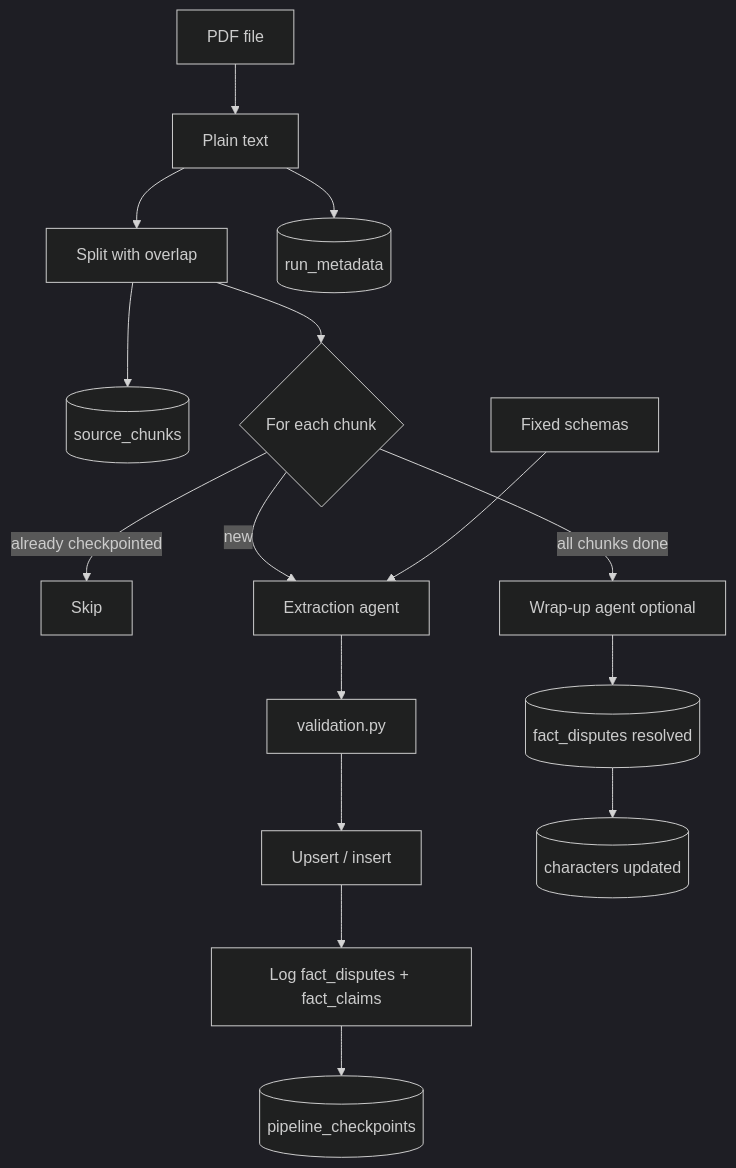
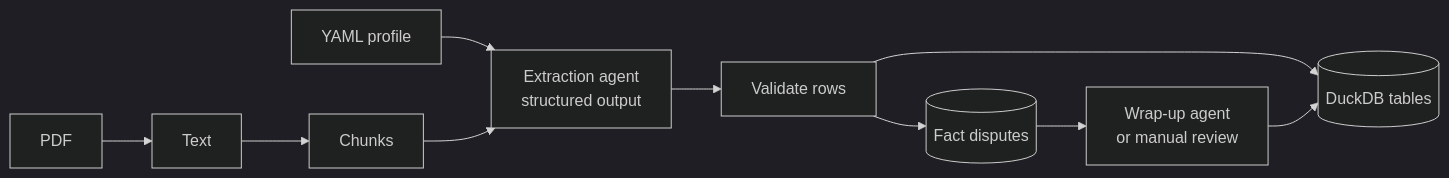
Before and after one commit to bluecatyellowdog/Agentic-extraction-prototype: the diagram in README.md, drawn with Mermaid (dark theme). The commit also changed other lines of this file and 5 other files, not shown here.

````diff
--- a/README.md
+++ b/README.md
@@ -21,20 +19,11 @@
 ```mermaid
-flowchart TD
-    PDF[PDF file] --> Text[Plain text]
-    Text --> Chunks[Split with overlap]
-    Chunks --> SC[(source_chunks)]
-    Text --> Meta[(run_metadata)]
-
-    Chunks --> Loop{For each chunk}
-    Loop -->|already checkpointed| Skip[Skip]
-    Loop -->|new| Agent[Extraction agent]
-    Plans[Fixed schemas] --> Agent
-    Agent --> Validate[validation.py]
-    Validate --> Upsert[Upsert / insert]
-    Upsert --> Conflict[Log fact_disputes + fact_claims]
-    Conflict --> CP[(pipeline_checkpoints)]
-
-    Loop -->|all chunks done| Wrap[Wrap-up agent optional]
-    Wrap --> Disputes[(fact_disputes resolved)]
-    Disputes --> Characters[(characters updated)]
+flowchart LR
+    PDF --> Text --> Chunks
+    Profile[YAML profile] --> Agent
+    Chunks --> Agent[Extraction agent<br/>structured output]
+    Agent --> Validate[Validate rows]
+    Validate --> DB[(DuckDB tables)]
+    Validate --> Disputes[(Fact disputes)]
+    Disputes --> WrapUp[Wrap-up agent<br/>or manual review]
+    WrapUp --> DB
 ```
````
